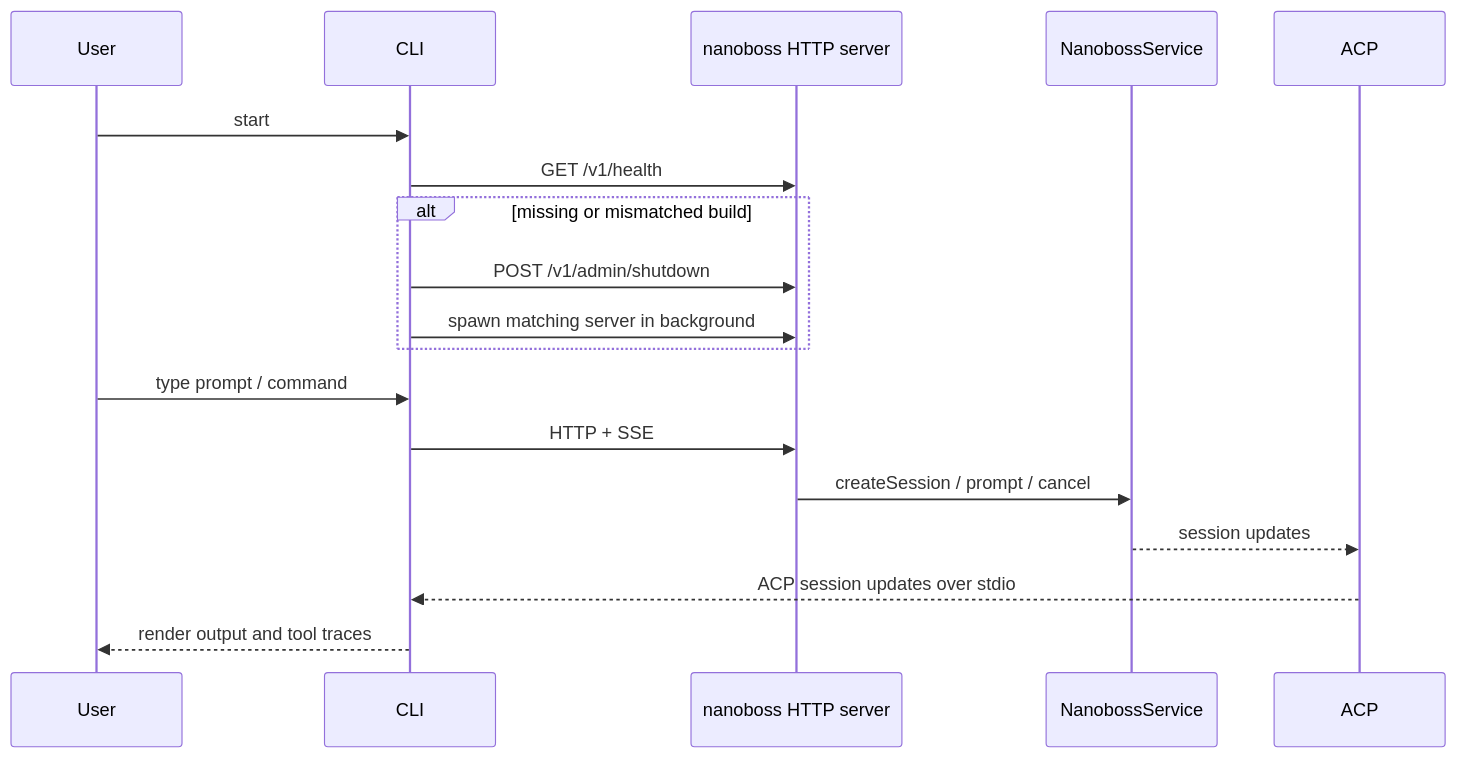
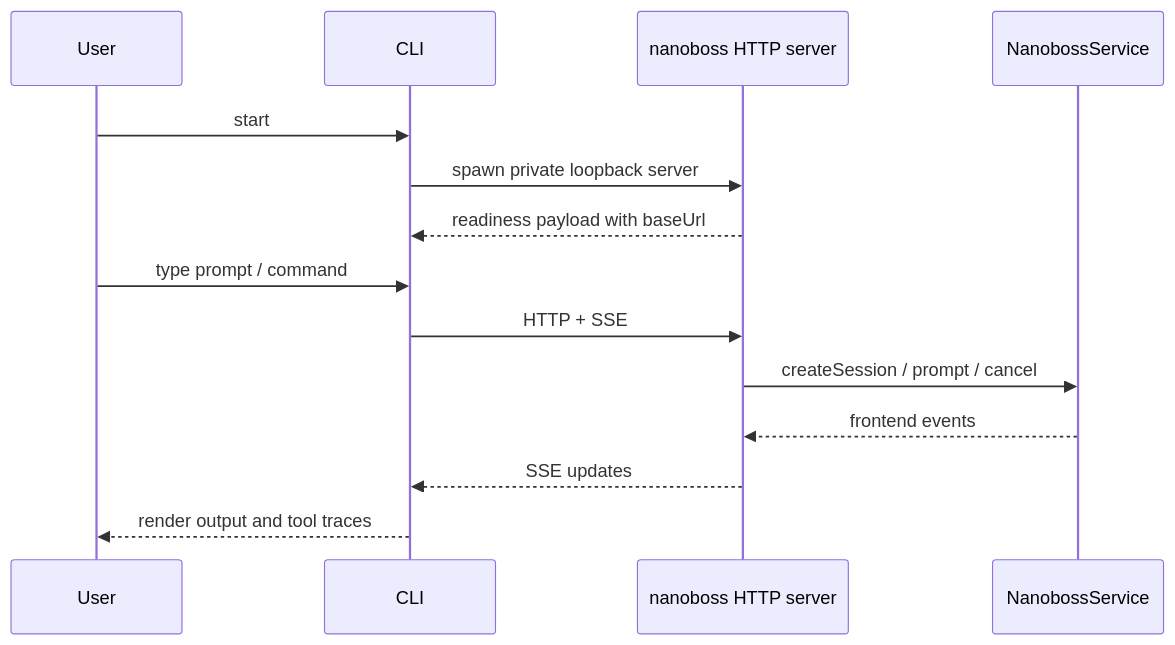
One commit to jflam/nano-agentboss changed the second of 5 diagrams in docs/architecture.md. Above: the diagram before and after it, drawn with Mermaid. The commit also changed other lines of this file and 13 other files, not shown here.

Commit message:
Use private servers for local CLI sessions

````diff
--- a/docs/architecture.md
+++ b/docs/architecture.md
@@ -88,20 +89,17 @@
 ```mermaid
 sequenceDiagram
   participant User
   participant CLI as CLI
   participant Server as nanoboss HTTP server
   participant Service as NanobossService
 
   User->>CLI: start
-  CLI->>Server: GET /v1/health
-  alt missing or mismatched build
-    CLI->>Server: POST /v1/admin/shutdown
-    CLI->>Server: spawn matching server in background
-  end
+  CLI->>Server: spawn private loopback server
+  Server-->>CLI: readiness payload with baseUrl
   User->>CLI: type prompt / command
   CLI->>Server: HTTP + SSE
   Server->>Service: createSession / prompt / cancel
-  Service-->>ACP: session updates
-  ACP-->>CLI: ACP session updates over stdio
+  Service-->>Server: frontend events
+  Server-->>CLI: SSE updates
   CLI-->>User: render output and tool traces
 ```
````
